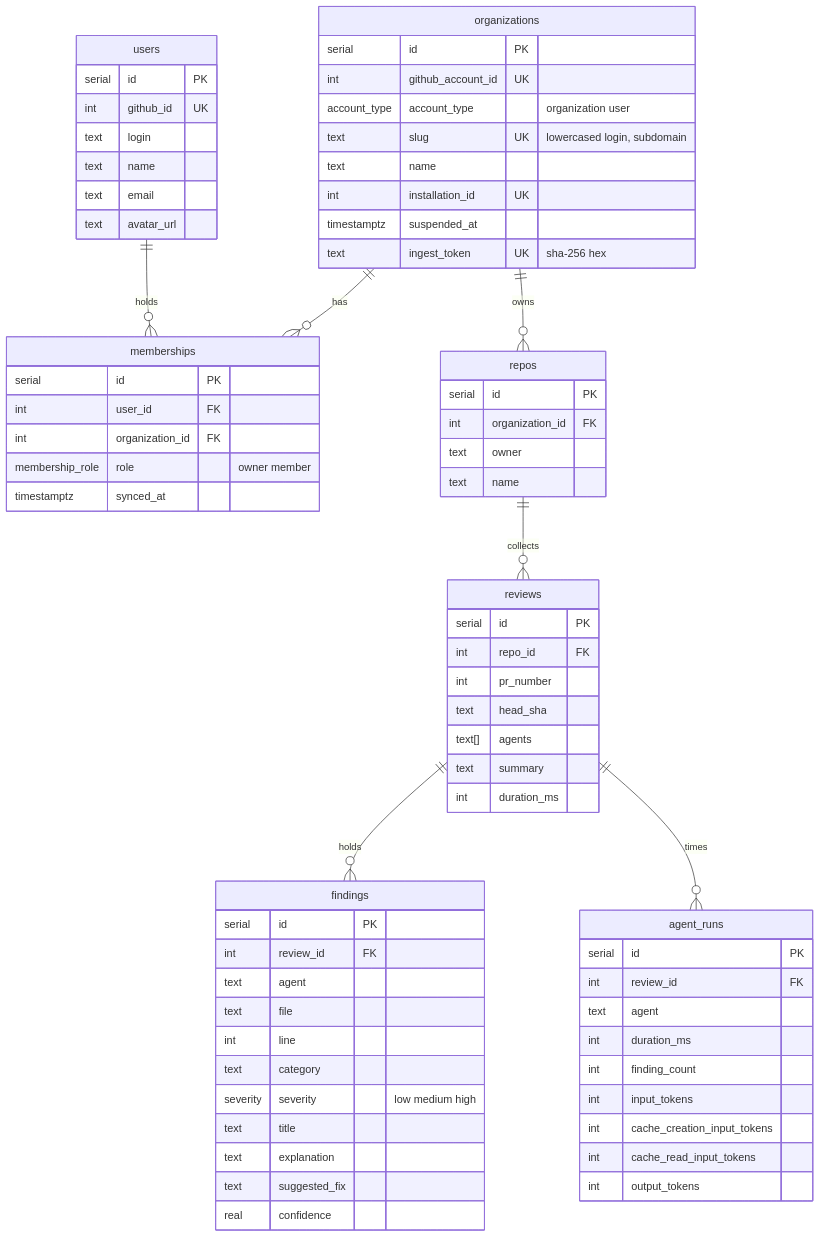
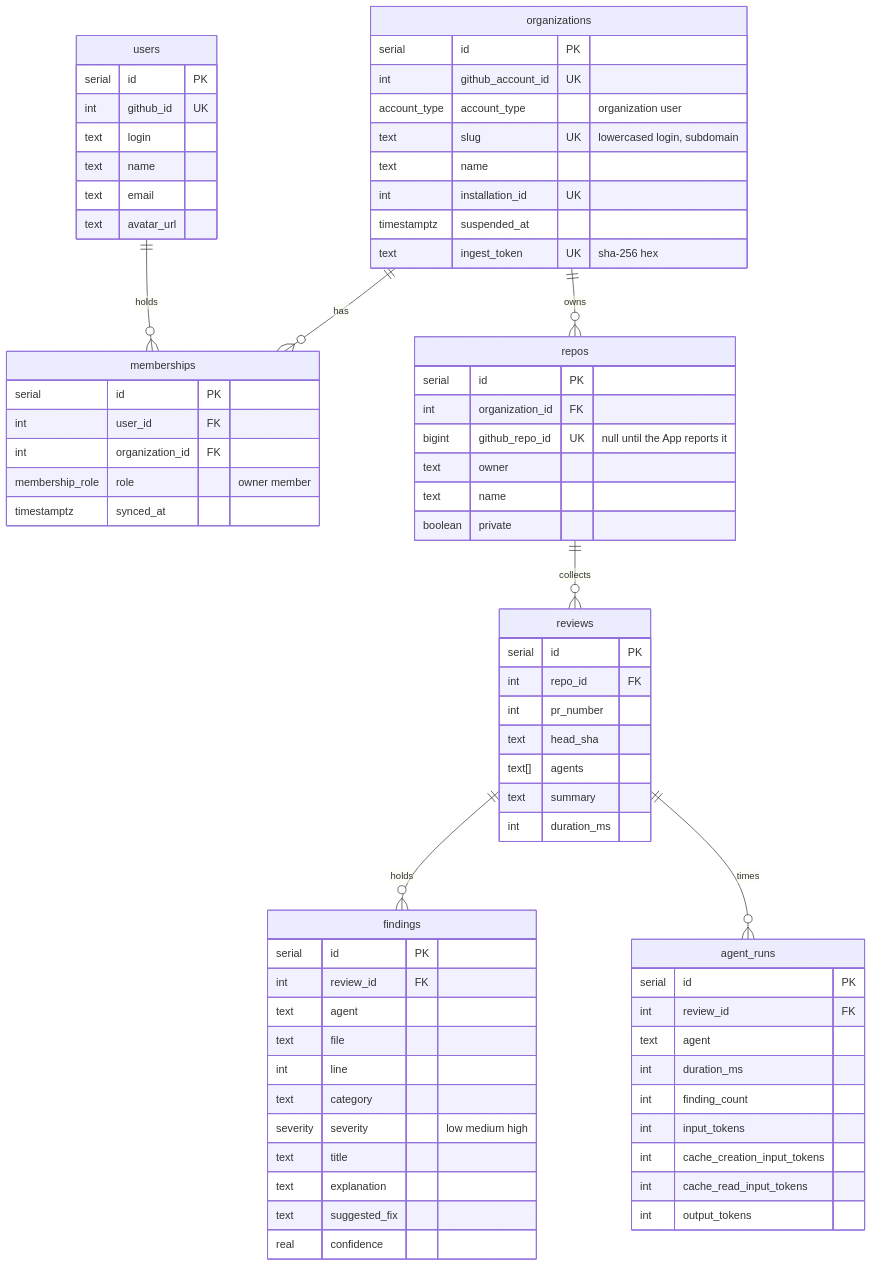
One commit to sunnyeyles/lintcat changed the diagram in packages/db/README.md. Above: the diagram before and after it, drawn with Mermaid. The commit also changed other lines of this file and 2 other files, not shown here.

Commit message:
docs: GitHub App webhook, its env vars, permissions and subscriptions

````diff
--- a/packages/db/README.md
+++ b/packages/db/README.md
@@ -6,74 +6,76 @@
 ```mermaid
 erDiagram
   organizations ||--o{ memberships : "has"
   users ||--o{ memberships : "holds"
   organizations ||--o{ repos : "owns"
   repos ||--o{ reviews : "collects"
   reviews ||--o{ findings : "holds"
   reviews ||--o{ agent_runs : "times"
 
   users {
     serial id PK
     int github_id UK
     text login
     text name
     text email
     text avatar_url
   }
   organizations {
     serial id PK
     int github_account_id UK
     account_type account_type "organization user"
     text slug UK "lowercased login, subdomain"
     text name
     int installation_id UK
     timestamptz suspended_at
     text ingest_token UK "sha-256 hex"
   }
   memberships {
     serial id PK
     int user_id FK
     int organization_id FK
     membership_role role "owner member"
     timestamptz synced_at
   }
   repos {
     serial id PK
     int organization_id FK
+    bigint github_repo_id UK "null until the App reports it"
     text owner
     text name
+    boolean private
   }
   reviews {
     serial id PK
     int repo_id FK
     int pr_number
     text head_sha
     text[] agents
     text summary
     int duration_ms
   }
   agent_runs {
     serial id PK
     int review_id FK
     text agent
     int duration_ms
     int finding_count
     int input_tokens
     int cache_creation_input_tokens
     int cache_read_input_tokens
     int output_tokens
   }
   findings {
     serial id PK
     int review_id FK
     text agent
     text file
     int line
     text category
     severity severity "low medium high"
     text title
     text explanation
     text suggested_fix
     real confidence
   }
 ```
````
